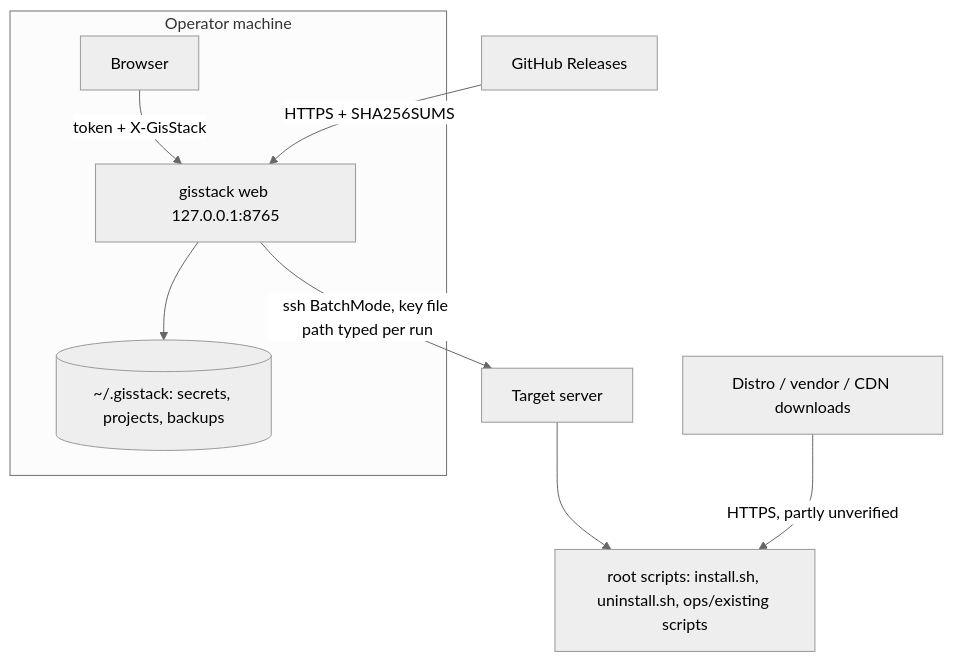
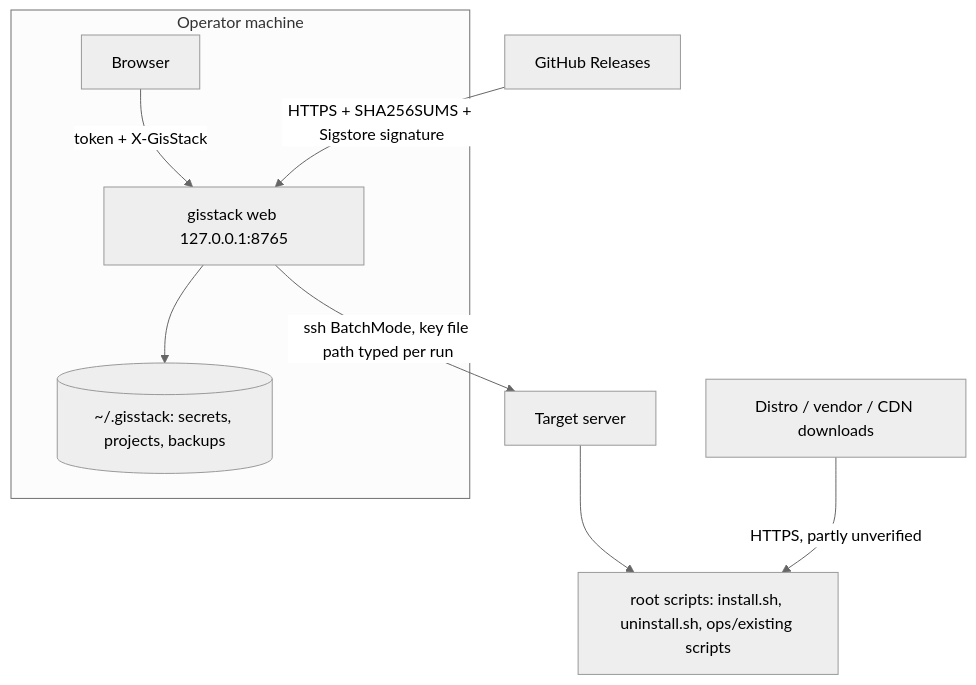
Before and after one commit to GIS-GEORGIA/gis-stack: the sixth of 7 diagrams in docs/ARCHITECTURE.md, drawn with Mermaid (neutral theme). The commit also changed other lines of this file and 22 other files, not shown here.

Commit message:
Phase 12: signed releases (Sigstore) with verification in gisstack update, bilingual guides, threat model, architecture update

````diff
--- a/docs/ARCHITECTURE.md
+++ b/docs/ARCHITECTURE.md
@@ -189,11 +189,11 @@
 ```mermaid
 flowchart TB
   subgraph Operator machine
     B[Browser] -->|token + X-GisStack| W[gisstack web 127.0.0.1:8765]
     W --> FS[(~/.gisstack: secrets, projects, backups)]
   end
   W -->|ssh BatchMode, key file path typed per run| S[Target server]
   S --> R[root scripts: install.sh, uninstall.sh, ops/existing scripts]
-  GH[GitHub Releases] -->|HTTPS + SHA256SUMS| W
+  GH[GitHub Releases] -->|HTTPS + SHA256SUMS + Sigstore signature| W
   PK[Distro / vendor / CDN downloads] -->|HTTPS, partly unverified| R
 ```
````
